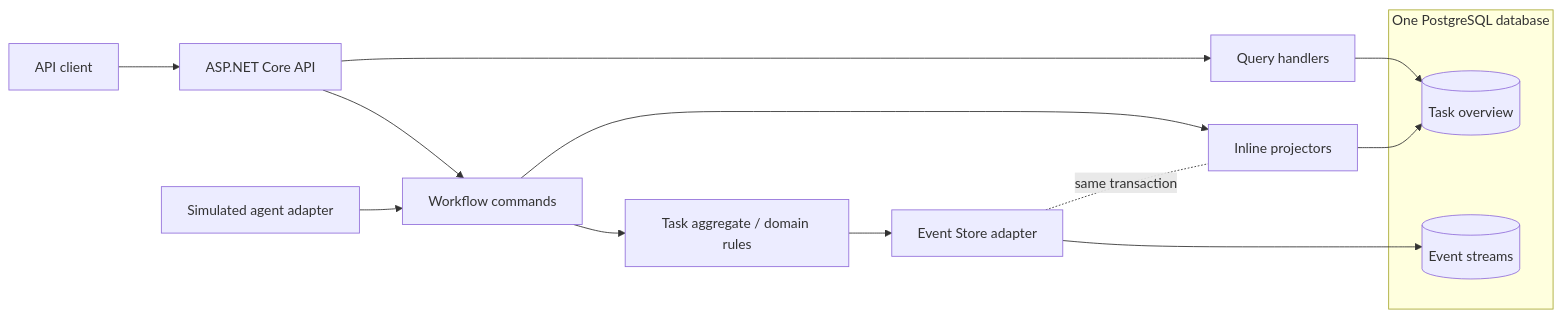
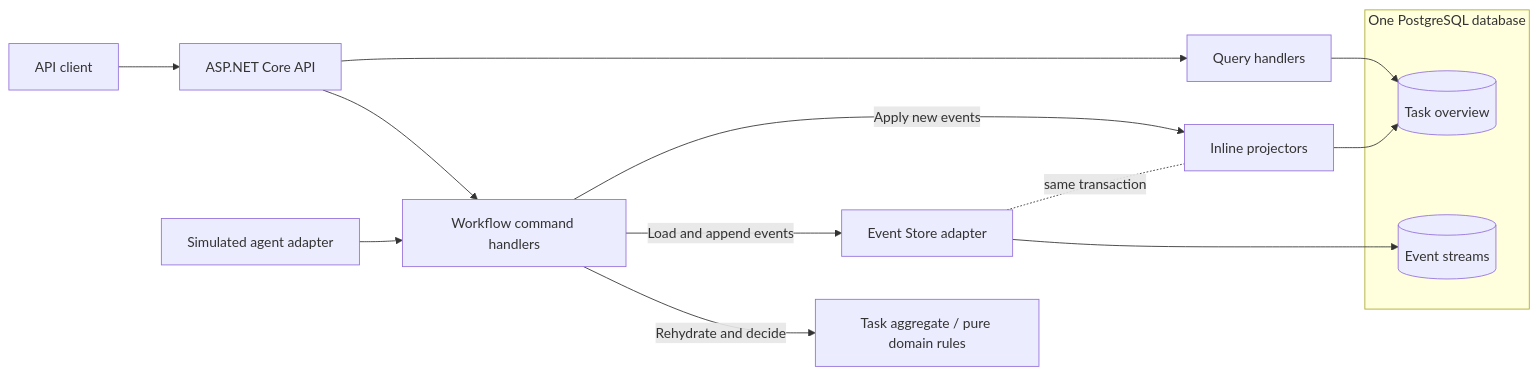
The diagram in README.md (FarazLoloei/eventforge-event-sourcing-demo), drawn with Mermaid before and after one commit. The commit also changed other lines of this file and 1 other file, not shown here.

Commit message:
docs(architecture): correct diagram and governance [EVF-7]

````diff
--- a/README.md
+++ b/README.md
@@ -44,18 +44,18 @@
 ```mermaid
 flowchart LR
     Client[API client] --> API[ASP.NET Core API]
-    Simulator[Simulated agent adapter] --> Commands[Workflow commands]
+    Simulator[Simulated agent adapter] --> Commands[Workflow command handlers]
     API --> Commands
-    Commands --> Domain[Task aggregate / domain rules]
-    Domain --> Store[Event Store adapter]
-    Commands --> Projector[Inline projectors]
+    Commands -->|Rehydrate and decide| Domain[Task aggregate / pure domain rules]
+    Commands -->|Load and append events| Store[Event Store adapter]
+    Commands -->|Apply new events| Projector[Inline projectors]
     subgraph PostgreSQL[One PostgreSQL database]
         Events[(Event streams)]
         ReadModels[(Task overview)]
     end
     Store --> Events
     Projector --> ReadModels
     Store -. same transaction .- Projector
     API --> Queries[Query handlers]
     Queries --> ReadModels
 ```
````
